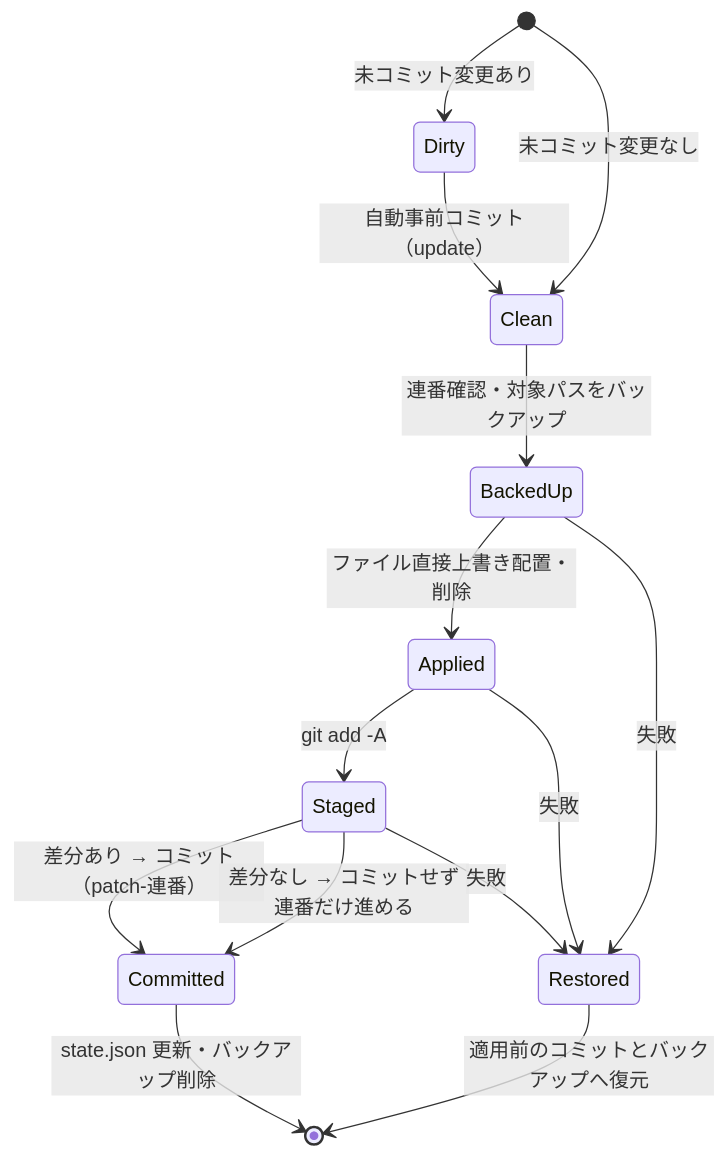
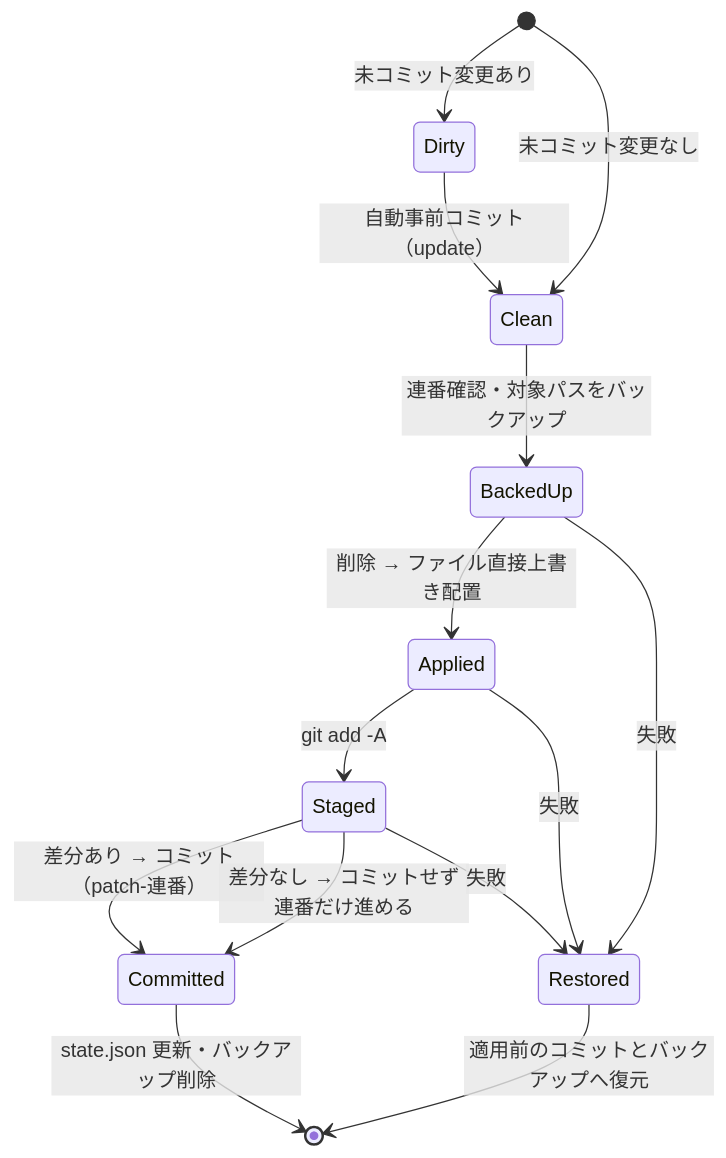
One commit to myao9494/myao-patch-bridge changed the third of 3 diagrams in docs/architecture.md. Above: the diagram before and after it, drawn with Mermaid. The commit also changed other lines of this file and 27 other files, not shown here.

````diff
--- a/docs/architecture.md
+++ b/docs/architecture.md
@@ -72,16 +92,16 @@
 ```mermaid
 stateDiagram-v2
     [*] --> Dirty: 未コミット変更あり
     [*] --> Clean: 未コミット変更なし
     Dirty --> Clean: 自動事前コミット（update）
     Clean --> BackedUp: 連番確認・対象パスをバックアップ
-    BackedUp --> Applied: ファイル直接上書き配置・削除
+    BackedUp --> Applied: 削除 → ファイル直接上書き配置
     Applied --> Staged: git add -A
     Staged --> Committed: 差分あり → コミット（patch-連番）
     Staged --> Committed: 差分なし → コミットせず連番だけ進める
     Committed --> [*]: state.json 更新・バックアップ削除
     BackedUp --> Restored: 失敗
     Applied --> Restored: 失敗
     Staged --> Restored: 失敗
     Restored --> [*]: 適用前のコミットとバックアップへ復元
 ```
````
